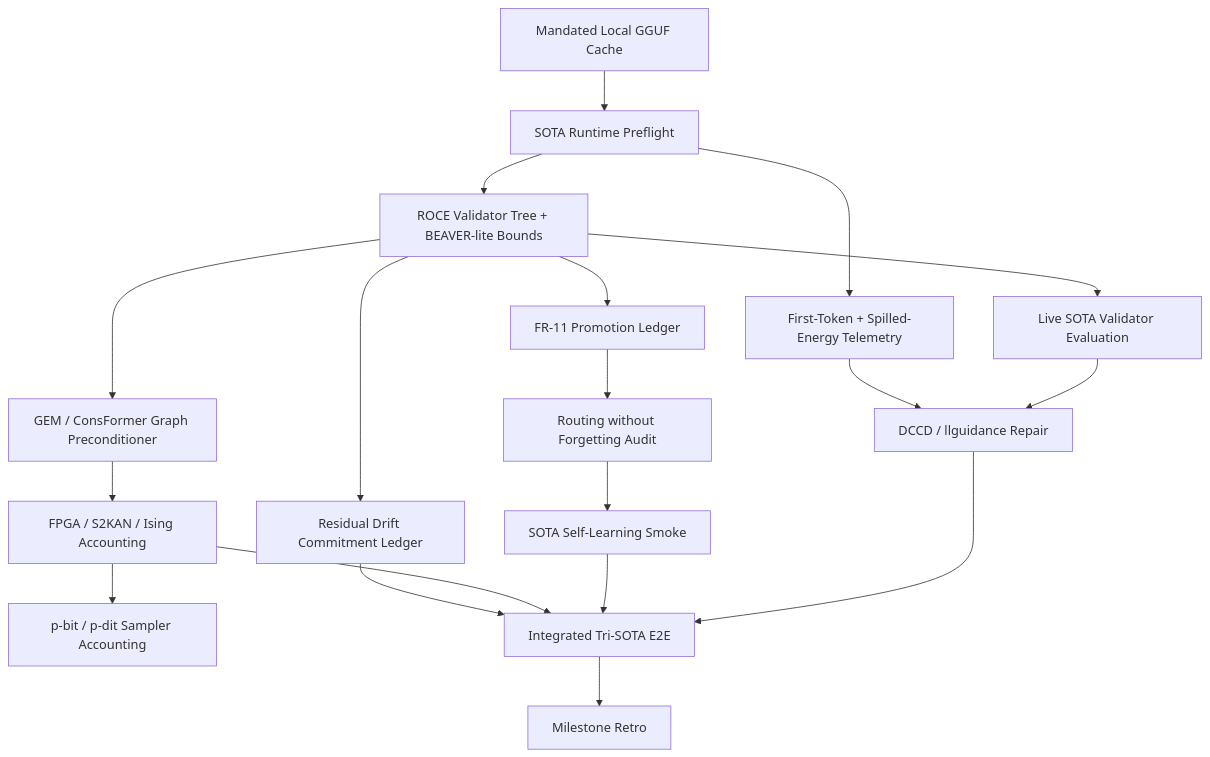
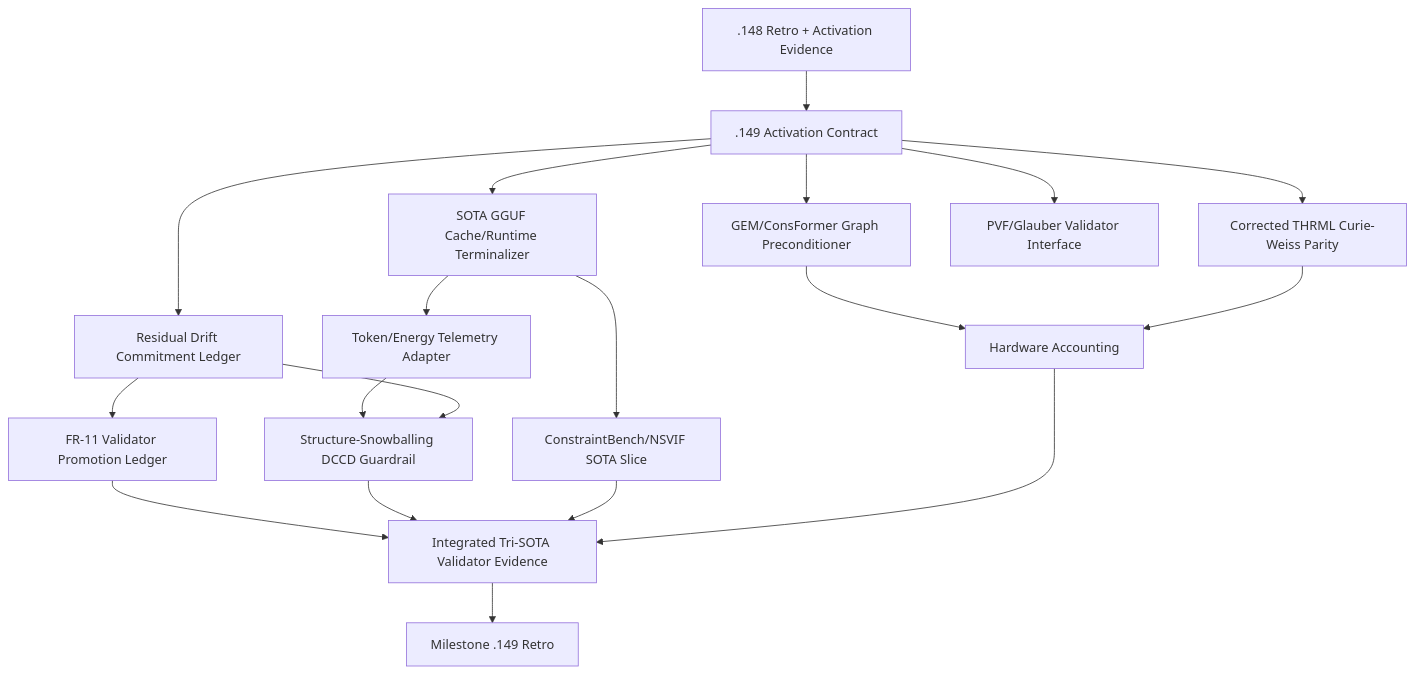
The first of 2 diagrams in openspec/change-proposals/research-roadmap-vNEXT.md (Carnot-EBM/carnot-ebm), drawn with Mermaid before and after one commit. The commit also changed other lines of this file and 8 other files, not shown here.

````diff
--- a/openspec/change-proposals/research-roadmap-vNEXT.md
+++ b/openspec/change-proposals/research-roadmap-vNEXT.md
@@ -39,21 +39,21 @@
 ```mermaid
 flowchart TD
-    A[Mandated Local GGUF Cache] --> B[SOTA Runtime Preflight]
-    B --> C[ROCE Validator Tree + BEAVER-lite Bounds]
-    C --> D[Live SOTA Validator Evaluation]
-    B --> E[First-Token + Spilled-Energy Telemetry]
-    D --> F[DCCD / llguidance Repair]
-    E --> F
-    C --> G[Residual Drift Commitment Ledger]
-    C --> H[FR-11 Promotion Ledger]
-    H --> I[Routing without Forgetting Audit]
-    I --> J[SOTA Self-Learning Smoke]
-    C --> K[GEM / ConsFormer Graph Preconditioner]
-    K --> L[FPGA / S2KAN / Ising Accounting]
-    L --> M[p-bit / p-dit Sampler Accounting]
-    F --> N[Integrated Tri-SOTA E2E]
-    J --> N
-    L --> N
-    G --> N
-    N --> O[Milestone Retro]
+    A[.148 Retro + Activation Evidence] --> B[.149 Activation Contract]
+    B --> C[SOTA GGUF Cache/Runtime Terminalizer]
+    B --> D[Corrected THRML Curie-Weiss Parity]
+    B --> E[Residual Drift Commitment Ledger]
+    E --> F[FR-11 Validator Promotion Ledger]
+    B --> G[GEM/ConsFormer Graph Preconditioner]
+    C --> H[Token/Energy Telemetry Adapter]
+    H --> I[Structure-Snowballing DCCD Guardrail]
+    E --> I
+    B --> J[PVF/Glauber Validator Interface]
+    C --> K[ConstraintBench/NSVIF SOTA Slice]
+    G --> L[Hardware Accounting]
+    D --> L
+    F --> M[Integrated Tri-SOTA Validator Evidence]
+    I --> M
+    K --> M
+    L --> M
+    M --> N[Milestone .149 Retro]
 ```
````
